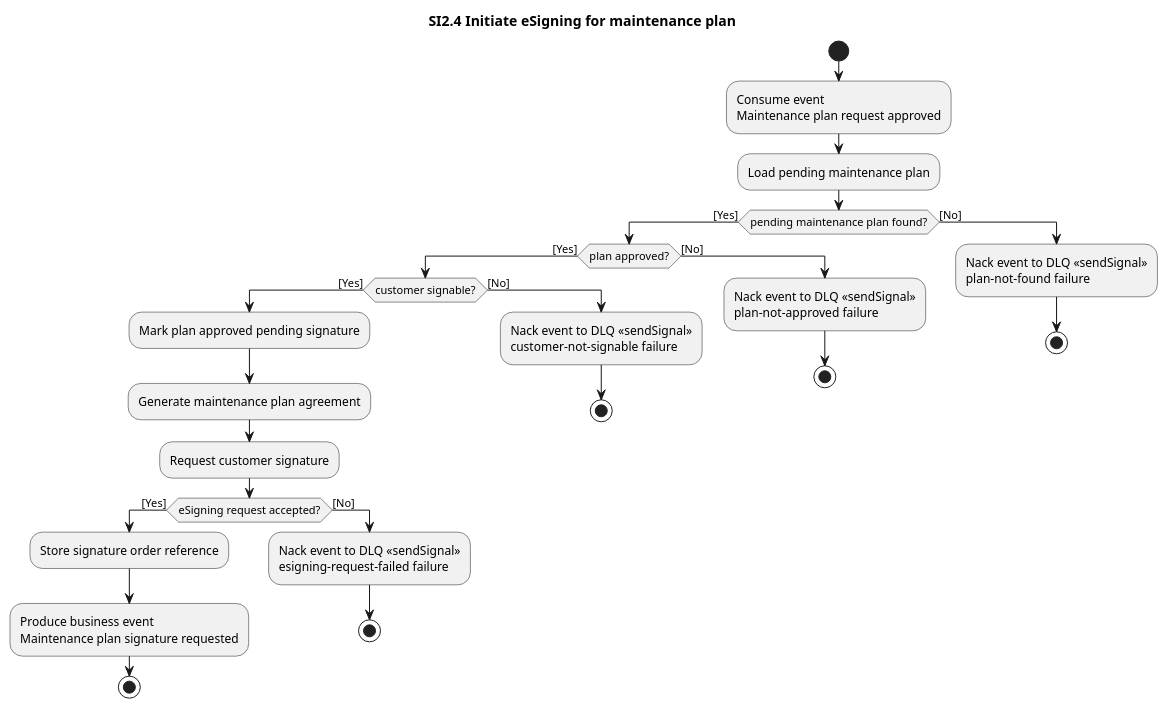
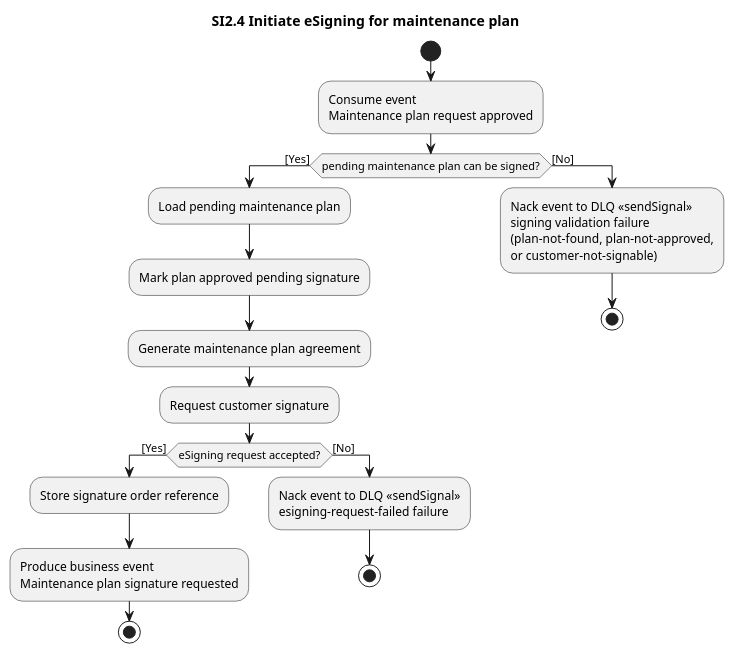
Before and after one commit to ottolote/fixme: the diagram in docs/project/P2/business/system-interactions/diagrams/si2.4-initiate-esigning-for-maintenance-plan.pu, drawn with PlantUML. The commit also changed 25 other files, not shown here.

```diff
--- a/docs/project/P2/business/system-interactions/diagrams/si2.4-initiate-esigning-for-maintenance-plan.pu
+++ b/docs/project/P2/business/system-interactions/diagrams/si2.4-initiate-esigning-for-maintenance-plan.pu
@@ -1,41 +1,31 @@
 @startuml si2.4-initiate-esigning-for-maintenance-plan
 title SI2.4 Initiate eSigning for maintenance plan
 
 start
 :Consume event
 Maintenance plan request approved; <<acceptEvent>>
 
-:Load pending maintenance plan;
-if (pending maintenance plan found?) then ([Yes])
-  if (plan approved?) then ([Yes])
-    if (customer signable?) then ([Yes])
-      :Mark plan approved pending signature;
-      :Generate maintenance plan agreement;
-      :Request customer signature; <<sendCommand>>
-      if (eSigning request accepted?) then ([Yes])
-        :Store signature order reference;
-        :Produce business event
+if (pending maintenance plan can be signed?) then ([Yes])
+  :Load pending maintenance plan;
+  :Mark plan approved pending signature;
+  :Generate maintenance plan agreement;
+  :Request customer signature; <<sendCommand>>
+  if (eSigning request accepted?) then ([Yes])
+    :Store signature order reference;
+    :Produce business event
 Maintenance plan signature requested; <<sendSignal>>
-        stop
-      else ([No])
-        :Nack event to DLQ <<sendSignal>>
-esigning-request-failed failure;
-        stop
-      endif
-    else ([No])
-      :Nack event to DLQ <<sendSignal>>
-customer-not-signable failure;
-      stop
-    endif
+    stop
   else ([No])
     :Nack event to DLQ <<sendSignal>>
-plan-not-approved failure;
+esigning-request-failed failure;
     stop
   endif
 else ([No])
   :Nack event to DLQ <<sendSignal>>
-plan-not-found failure;
+signing validation failure
+(plan-not-found, plan-not-approved,
+or customer-not-signable);
   stop
 endif
 
 @enduml
```
